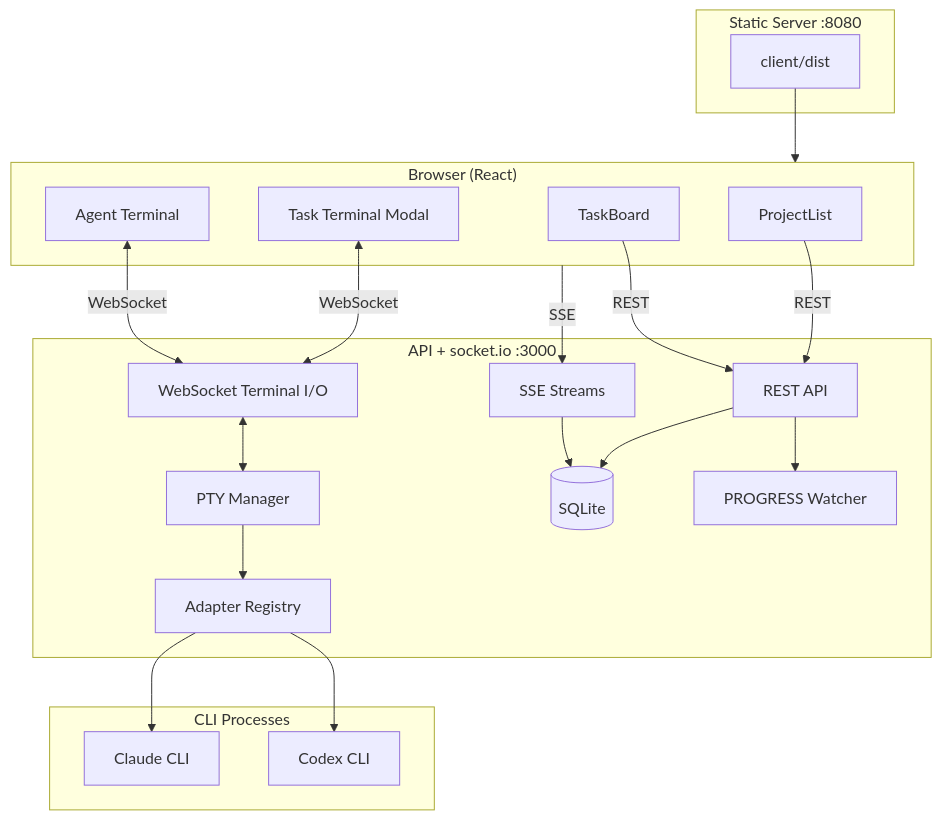
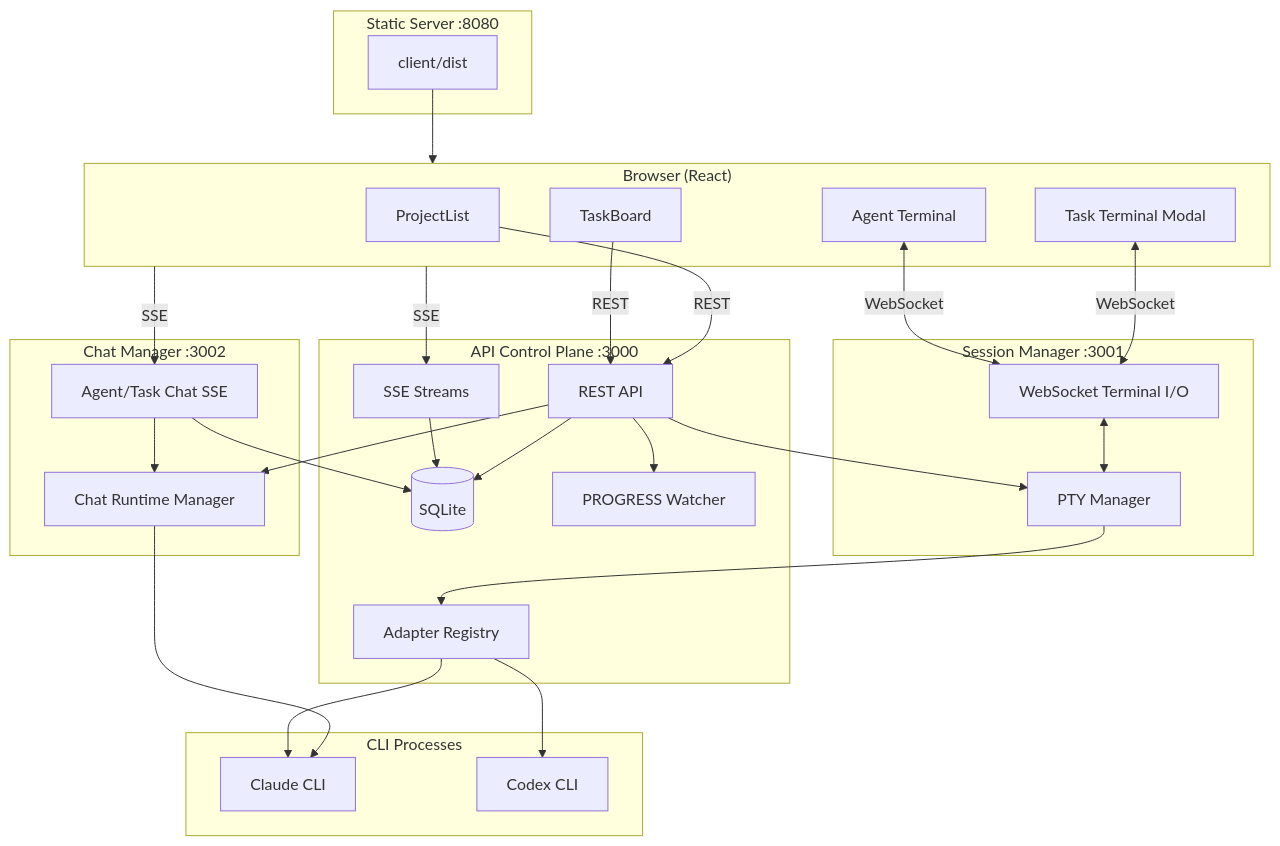
One commit to ZHHHH9980/claude-code-manager changed the diagram in README.md. Above: the diagram before and after it, drawn with Mermaid. The commit also changed other lines of this file and 28 other files, not shown here.

Commit message:
Split runtime into session and chat managers

````diff
--- a/README.md
+++ b/README.md
@@ -7,43 +7,57 @@
 ```mermaid
 graph TB
     subgraph Browser["Browser (React)"]
         PL[ProjectList]
         TB[TaskBoard]
         TT["Task Terminal Modal"]
         AT["Agent Terminal"]
     end
 
     subgraph Static["Static Server :8080"]
         SS[client/dist]
     end
 
-    subgraph API["API + socket.io :3000"]
+    subgraph API["API Control Plane :3000"]
         REST[REST API]
-        SIO[WebSocket Terminal I/O]
         SSE[SSE Streams]
-        PTY[PTY Manager]
         DB[(SQLite)]
         AD[Adapter Registry]
         FW[PROGRESS Watcher]
+    end
+
+    subgraph Session["Session Manager :3001"]
+        SIO[WebSocket Terminal I/O]
+        PTY[PTY Manager]
+    end
+
+    subgraph Chat["Chat Manager :3002"]
+        CHAT[Agent/Task Chat SSE]
+        RTR[Chat Runtime Manager]
     end
 
     subgraph CLI["CLI Processes"]
         CC[Claude CLI]
         CX[Codex CLI]
     end
 
     SS --> Browser
     PL -->|REST| REST
     TB -->|REST| REST
     TT <-->|WebSocket| SIO
     AT <-->|WebSocket| SIO
     Browser -->|SSE| SSE
+    Browser -->|SSE| CHAT
 
     REST --> DB
     SSE --> DB
+    REST --> PTY
+    REST --> RTR
     SIO <--> PTY
+    CHAT --> DB
+    CHAT --> RTR
     PTY --> AD
+    RTR --> CC
     AD --> CC
     AD --> CX
     REST --> FW
 ```
````
